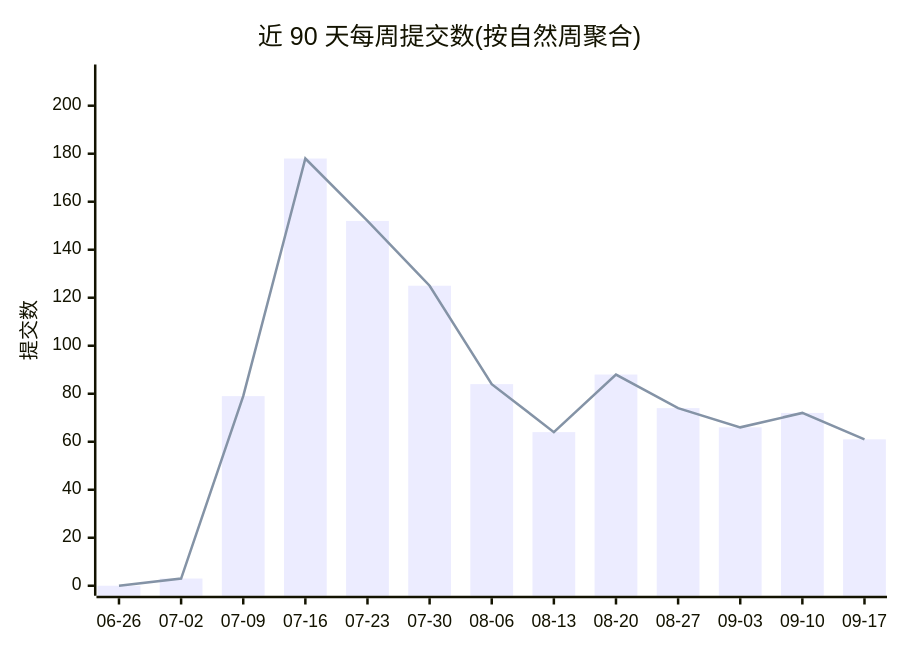
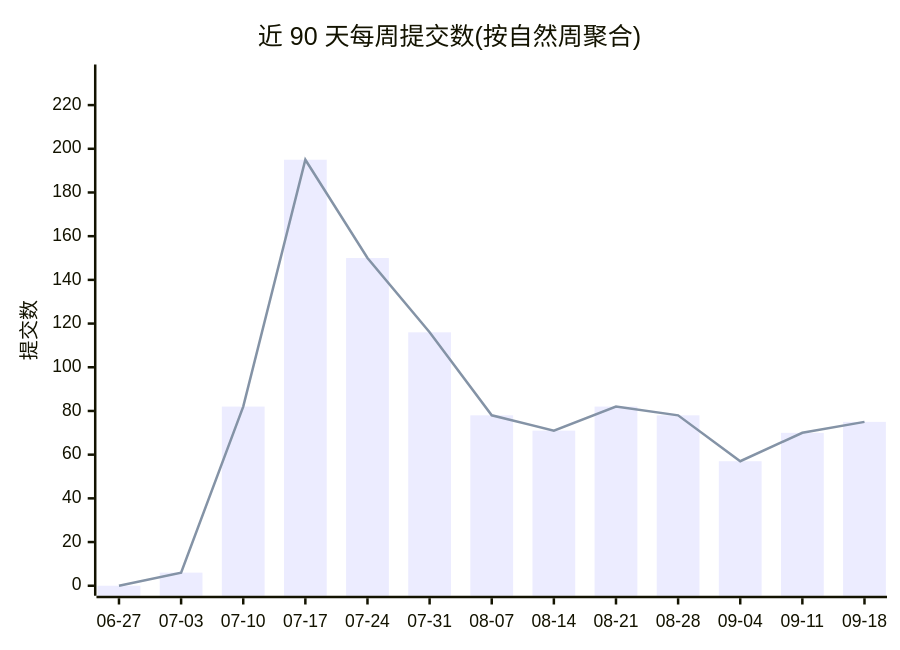
One commit to Conflux-Union/.github changed the first of 2 diagrams in profile/README.md. Above: the diagram before and after it, drawn with Mermaid. The commit also changed other lines of this file and 1 other file, not shown here.

````diff
--- a/profile/README.md
+++ b/profile/README.md
@@ -44,8 +44,8 @@
 ```mermaid
 xychart-beta
     title "近 90 天每周提交数(按自然周聚合)"
-    x-axis ["06-26", "07-02", "07-09", "07-16", "07-23", "07-30", "08-06", "08-13", "08-20", "08-27", "09-03", "09-10", "09-17"]
-    y-axis "提交数" 0 --> 213
-    bar [0, 3, 79, 178, 152, 125, 84, 64, 88, 74, 66, 72, 61]
-    line [0, 3, 79, 178, 152, 125, 84, 64, 88, 74, 66, 72, 61]
+    x-axis ["06-27", "07-03", "07-10", "07-17", "07-24", "07-31", "08-07", "08-14", "08-21", "08-28", "09-04", "09-11", "09-18"]
+    y-axis "提交数" 0 --> 234
+    bar [0, 6, 82, 195, 150, 116, 78, 71, 82, 78, 57, 70, 75]
+    line [0, 6, 82, 195, 150, 116, 78, 71, 82, 78, 57, 70, 75]
 ```
````
